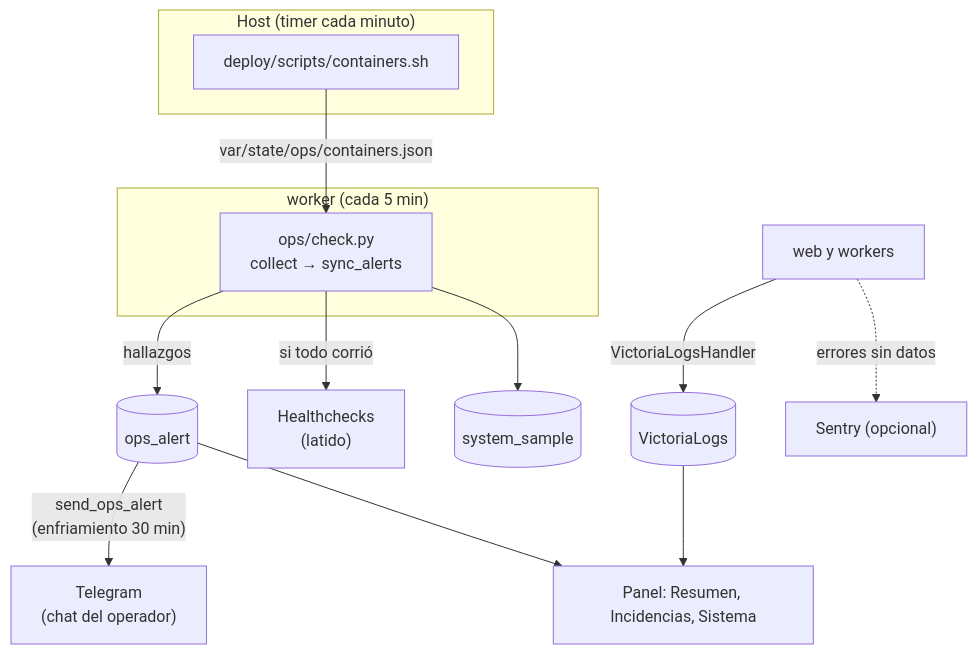
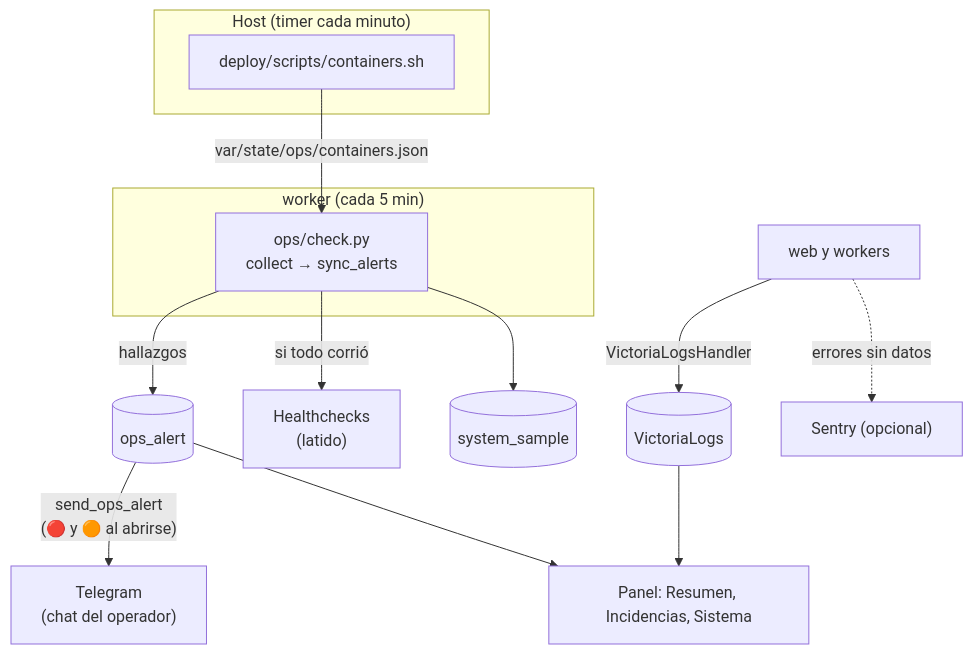
One commit to MarianodelRio/autobot changed the diagram in docs/arquitectura/observabilidad.md. Above: the diagram before and after it, drawn with Mermaid. The commit also changed other lines of this file and 65 other files, not shown here.

````diff
--- a/docs/arquitectura/observabilidad.md
+++ b/docs/arquitectura/observabilidad.md
@@ -7,18 +7,18 @@
 ```mermaid
 flowchart TB
     subgraph worker["worker (cada 5 min)"]
         CHK["ops/check.py<br/>collect → sync_alerts"]
     end
     subgraph host["Host (timer cada minuto)"]
         CS["deploy/scripts/containers.sh"]
     end
     CS -->|"var/state/ops/containers.json"| CHK
     CHK -->|"hallazgos"| ALERT[("ops_alert")]
     CHK -->|"si todo corrió"| HC["Healthchecks<br/>(latido)"]
     CHK --> SAMPLE[("system_sample")]
-    ALERT -->|"send_ops_alert<br/>(enfriamiento 30 min)"| TG["Telegram<br/>(chat del operador)"]
+    ALERT -->|"send_ops_alert<br/>(🔴 y 🟠 al abrirse)"| TG["Telegram<br/>(chat del operador)"]
     ALERT --> PANEL["Panel: Resumen, Incidencias, Sistema"]
     APP["web y workers"] -->|"VictoriaLogsHandler"| VL[("VictoriaLogs")]
     VL --> PANEL
     APP -.->|"errores sin datos"| SENTRY["Sentry (opcional)"]
 ```
````
